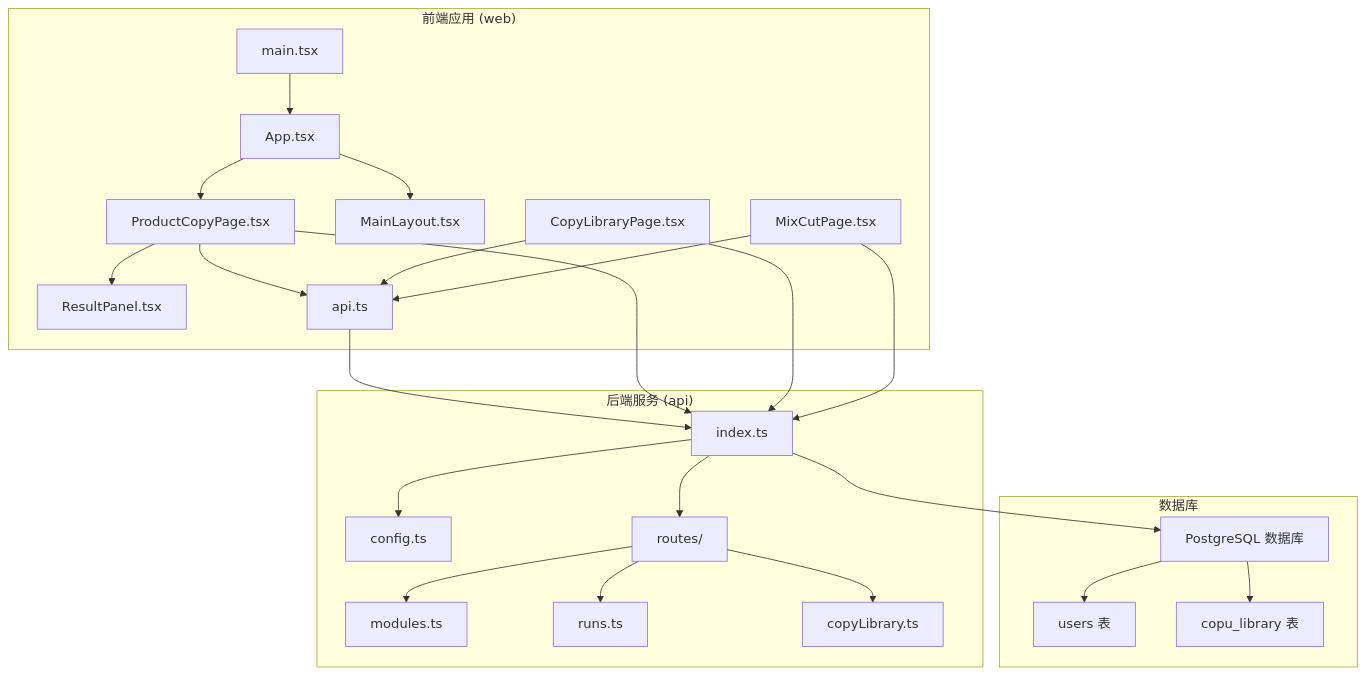
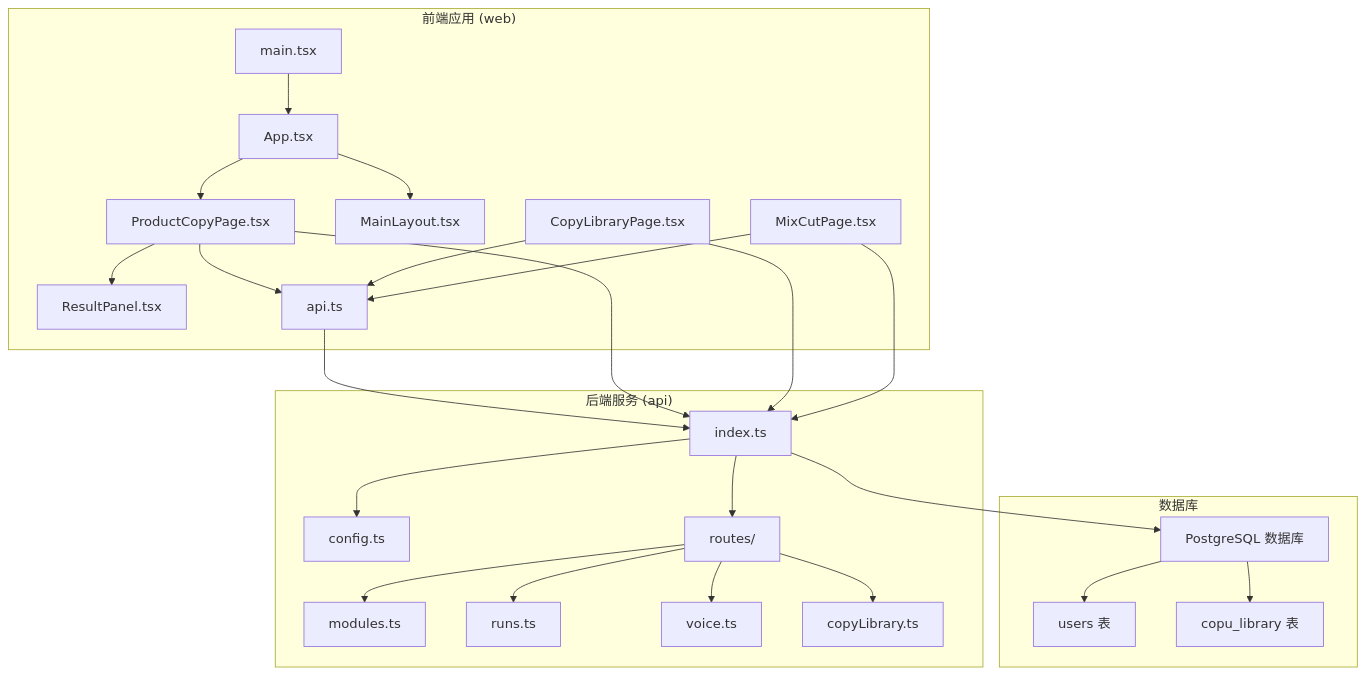
One commit to hanksd769-droid/sailshub changed the first of 11 diagrams in .qoder/repowiki/zh/content/Product Copy Page.md. Above: the diagram before and after it, drawn with Mermaid. The commit also changed other lines of this file and 4 other files, not shown here.

````diff
--- a/.qoder/repowiki/zh/content/Product Copy Page.md
+++ b/.qoder/repowiki/zh/content/Product Copy Page.md
@@ -68,31 +78,32 @@
 ```mermaid
 graph TB
 subgraph "前端应用 (web)"
 A[main.tsx] --> B[App.tsx]
 B --> C[ProductCopyPage.tsx]
 B --> D[MainLayout.tsx]
 C --> E[ResultPanel.tsx]
 C --> F[api.ts]
 G[CopyLibraryPage.tsx] --> F
 H[MixCutPage.tsx] --> F
 end
 subgraph "后端服务 (api)"
 I[index.ts] --> J[config.ts]
 I --> K[routes/]
 K --> L[modules.ts]
 K --> M[runs.ts]
-K --> N[copyLibrary.ts]
+K --> N[voice.ts]
+K --> O[copyLibrary.ts]
 end
 subgraph "数据库"
-O[PostgreSQL 数据库]
-P[users 表]
-Q[copu_library 表]
+P[PostgreSQL 数据库]
+Q[users 表]
+R[copu_library 表]
 end
 F --> I
 C --> I
 G --> I
 H --> I
-I --> O
-O --> P
-O --> Q
+I --> P
+P --> Q
+P --> R
 ```
````
